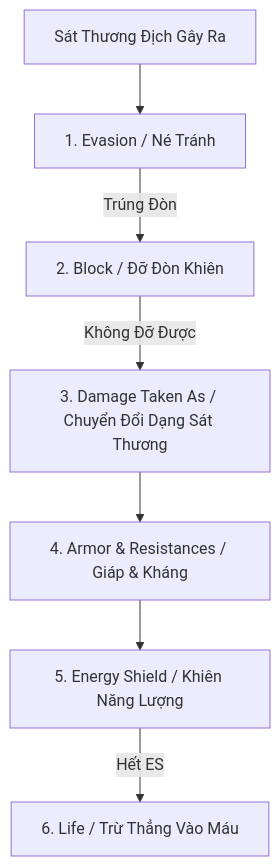
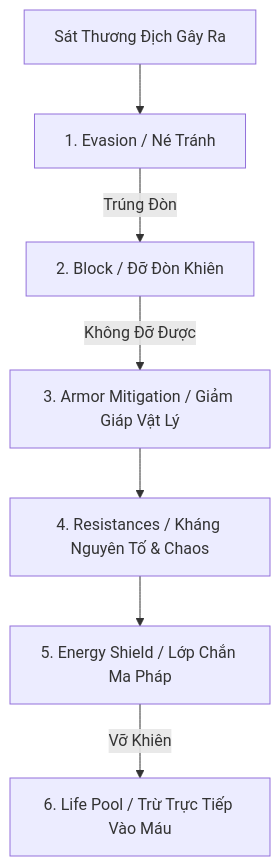
Before and after one commit to kzxl/my-dream-game: the diagram in docs/design/combat_formulas_and_mitigation_design.md, drawn with Mermaid. The commit also changed other lines of this file and 13 other files, not shown here.

````diff
--- a/docs/design/combat_formulas_and_mitigation_design.md
+++ b/docs/design/combat_formulas_and_mitigation_design.md
@@ -47,9 +47,9 @@
 ```mermaid
 graph TD
     A[Sát Thương Địch Gây Ra] --> B[1. Evasion / Né Tránh]
     B -->|Trúng Đòn| C[2. Block / Đỡ Đòn Khiên]
-    C -->|Không Đỡ Được| D[3. Damage Taken As / Chuyển Đổi Dạng Sát Thương]
-    D --> E[4. Armor & Resistances / Giáp & Kháng]
-    E --> F[5. Energy Shield / Khiên Năng Lượng]
-    F -->|Hết ES| G[6. Life / Trừ Thẳng Vào Máu]
+    C -->|Không Đỡ Được| D[3. Armor Mitigation / Giảm Giáp Vật Lý]
+    D --> E[4. Resistances / Kháng Nguyên Tố & Chaos]
+    E --> F[5. Energy Shield / Lớp Chắn Ma Pháp]
+    F -->|Vỡ Khiên| G[6. Life Pool / Trừ Trực Tiếp Vào Máu]
 ```
````
